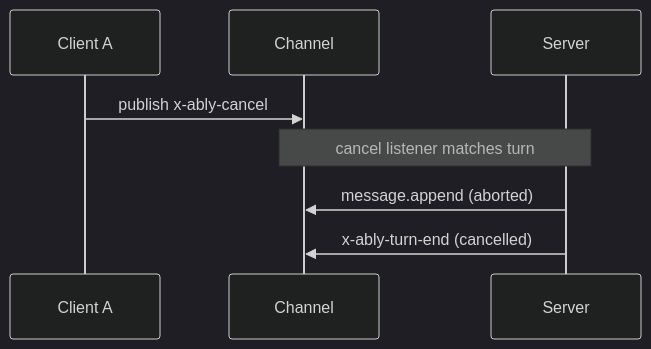
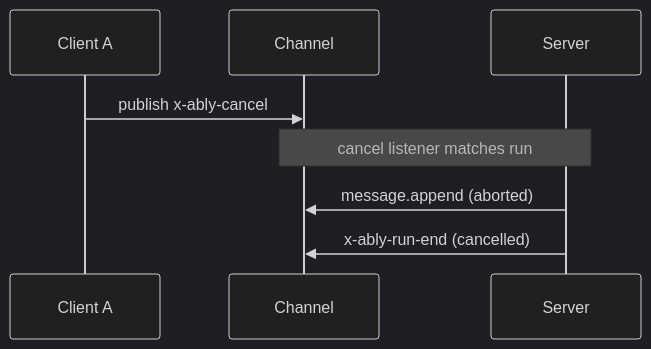
The second of 2 diagrams in docs/internals/wire-protocol.md (ably/ably-ai-transport-js), drawn with Mermaid (dark theme) before and after one commit. The commit also changed other lines of this file and 194 other files, not shown here.

First line of the commit message:
Rename Transport->Session, Turn->Run; add connect(), Invocation

````diff
--- a/docs/internals/wire-protocol.md
+++ b/docs/internals/wire-protocol.md
@@ -146,11 +146,11 @@
 ```mermaid
 sequenceDiagram
     participant A as Client A
     participant Ch as Channel
     participant S as Server
 
     A->>Ch: publish x-ably-cancel
-    Note over Ch,S: cancel listener matches turn
+    Note over Ch,S: cancel listener matches run
     S->>Ch: message.append (aborted)
-    S->>Ch: x-ably-turn-end (cancelled)
+    S->>Ch: x-ably-run-end (cancelled)
 ```
````
